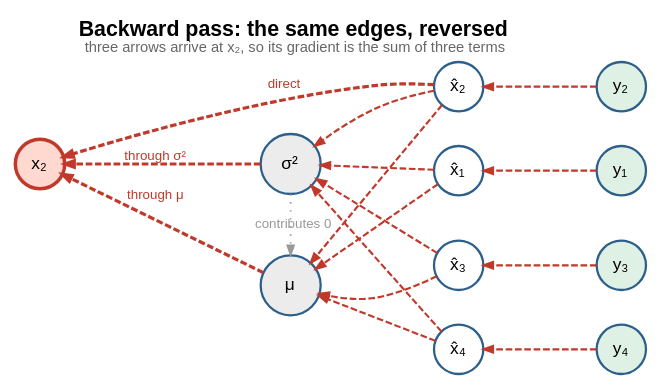
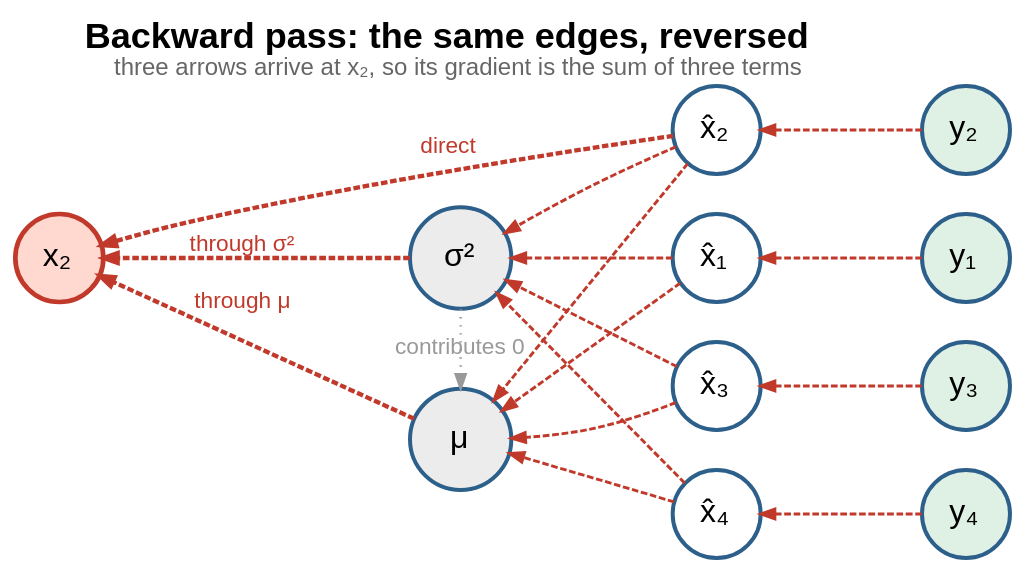
Before and after one commit to joelagnel/joelfernandes.org: the diagram in scripts/bn-grad-graphviz/backward.dot, drawn with Graphviz. The commit also changed 11 other files, not shown here.

```diff
--- a/scripts/bn-grad-graphviz/backward.dot
+++ b/scripts/bn-grad-graphviz/backward.dot
@@ -1,52 +1,52 @@
 digraph backward {
   rankdir=RL;
   bgcolor="white";
   splines=true;
-  nodesep=0.32;
-  ranksep=1.15;
+  nodesep=0.42;
+  ranksep=1.65;
   fontname="Helvetica";
 
-  node [fontname="Helvetica", fontsize=13, shape=circle, width=0.52,
-        fixedsize=true, penwidth=1.7, color="#2c5f8a"];
-  edge [fontname="Helvetica", fontsize=10, color="#c0392b",
-        arrowsize=0.7, penwidth=1.6, style=dashed];
+  node [fontname="Helvetica", fontsize=24, shape=circle, width=0.92,
+        fixedsize=true, penwidth=2.97, color="#2c5f8a"];
+  edge [fontname="Helvetica", fontsize=17, color="#c0392b",
+        arrowsize=1.05, penwidth=2.16, style=dashed];
 
-  label=<<font point-size="16"><b>Backward pass: the same edges, reversed</b></font><br/><font point-size="11" color="#666666">three arrows arrive at x&#8322;, so its gradient is the sum of three terms</font>>;
+  label=<<font point-size="27"><b>Backward pass: the same edges, reversed</b></font><br/><font point-size="18" color="#666666">three arrows arrive at x&#8322;, so its gradient is the sum of three terms</font>>;
   labelloc="t";
 
   { rank=same;
     y1 [label=<y&#8321;>, style=filled, fillcolor="#dff0e4"];
     y2 [label=<y&#8322;>, style=filled, fillcolor="#dff0e4"];
     y3 [label=<y&#8323;>, style=filled, fillcolor="#dff0e4"];
     y4 [label=<y&#8324;>, style=filled, fillcolor="#dff0e4"];
   }
   { rank=same;
     h1 [label=<x&#770;&#8321;>];
     h2 [label=<x&#770;&#8322;>];
     h3 [label=<x&#770;&#8323;>];
     h4 [label=<x&#770;&#8324;>];
   }
   { rank=same;
-    mu  [label=<&mu;>,          width=0.62, style=filled, fillcolor="#ececec"];
-    sig [label=<&sigma;&sup2;>, width=0.62, style=filled, fillcolor="#ececec"];
+    mu  [label=<&mu;>,          width=1.06, style=filled, fillcolor="#ececec"];
+    sig [label=<&sigma;&sup2;>, width=1.06, style=filled, fillcolor="#ececec"];
   }
   { rank=same;
     x2 [label=<x&#8322;>, style=filled, fillcolor="#ffd9d0",
-        color="#c0392b", penwidth=2.6];
+        color="#c0392b", penwidth=3.51];
   }
 
   y1 -> h1; y2 -> h2; y3 -> h3; y4 -> h4;
 
   // every xhat sends gradient into both statistics
   h1 -> mu; h2 -> mu; h3 -> mu; h4 -> mu;
   h1 -> sig; h2 -> sig; h3 -> sig; h4 -> sig;
 
   // the three arrivals at x2
-  h2  -> x2 [penwidth=2.4, label=<  direct  >, fontcolor="#c0392b"];
-  mu  -> x2 [penwidth=2.4, label=<  through &mu;  >, fontcolor="#c0392b"];
-  sig -> x2 [penwidth=2.4, label=<  through &sigma;&sup2;  >, fontcolor="#c0392b"];
+  h2  -> x2 [penwidth=3.24, label=<  direct  >, fontcolor="#c0392b"];
+  mu  -> x2 [penwidth=3.24, label=<  through &mu;  >, fontcolor="#c0392b"];
+  sig -> x2 [penwidth=3.24, label=<  through &sigma;&sup2;  >, fontcolor="#c0392b"];
 
   // the edge that carries nothing
-  sig -> mu [color="#999999", penwidth=1.4, style=dotted,
+  sig -> mu [color="#999999", penwidth=1.89, style=dotted,
              label=<  contributes 0  >, fontcolor="#999999"];
 }
```
